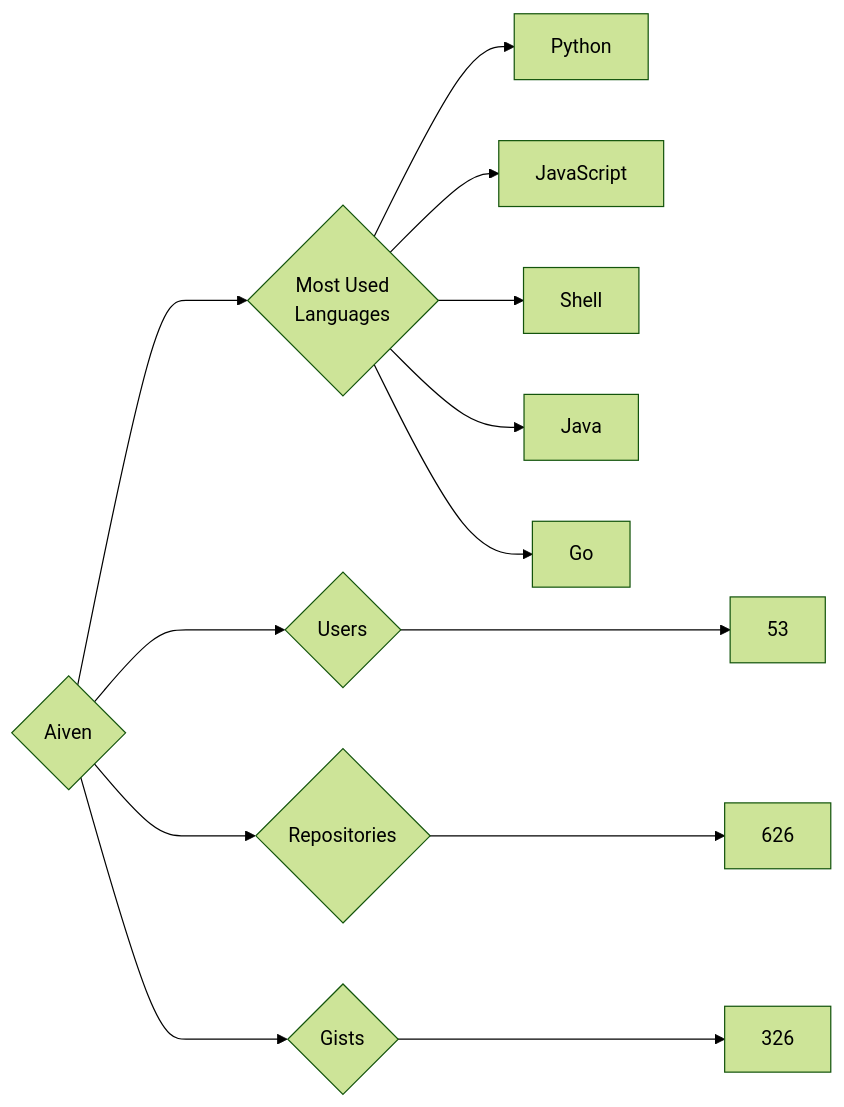
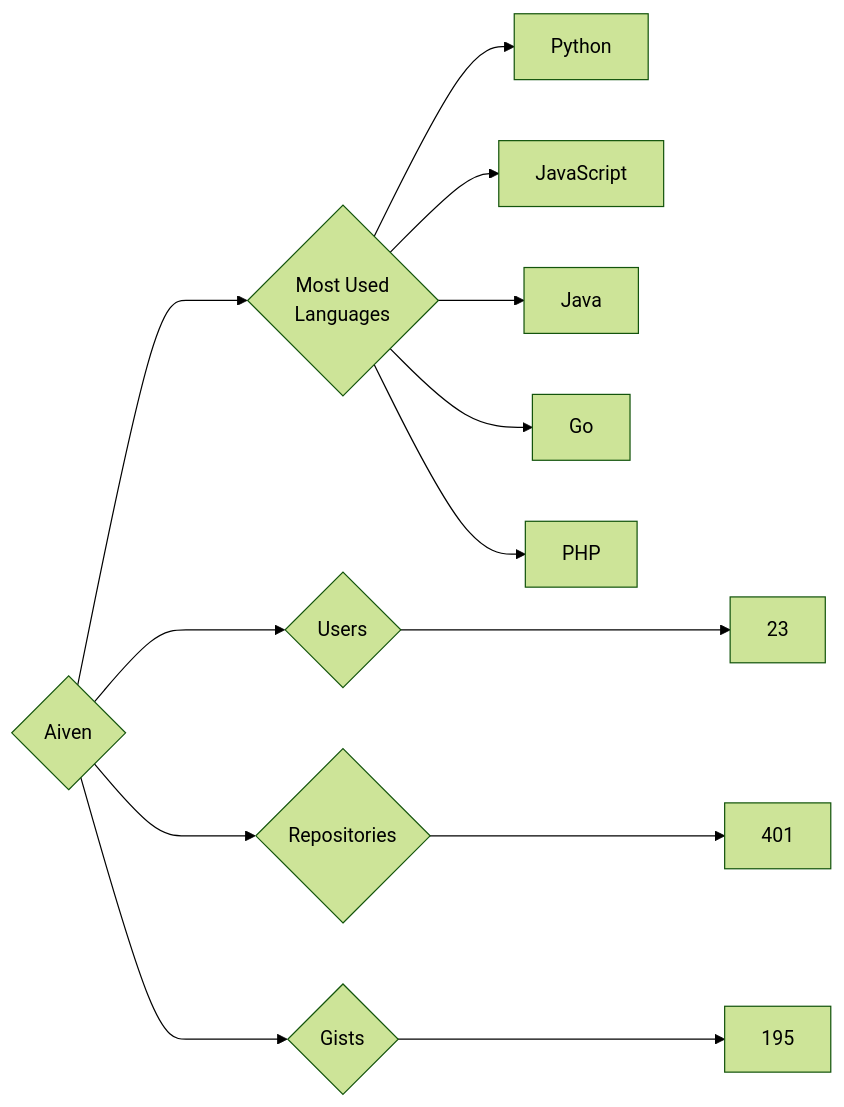
Before and after one commit to trickest/insiders: the diagram in targets/Aiven/README.md, drawn with Mermaid (forest theme). The commit also changed 984 other files, not shown here.

````diff
--- a/targets/Aiven/README.md
+++ b/targets/Aiven/README.md
@@ -3,13 +3,13 @@
 ```mermaid
 graph LR
 COMPANY_NAME{Aiven}
-COMPANY_NAME ---> U{Users} ---> UN[53]
-COMPANY_NAME ---> R{Repositories} ---> RN[626]
-COMPANY_NAME ---> G{Gists} ---> GN[326]
+COMPANY_NAME ---> U{Users} ---> UN[23]
+COMPANY_NAME ---> R{Repositories} ---> RN[401]
+COMPANY_NAME ---> G{Gists} ---> GN[195]
 COMPANY_NAME ---> ML{Most Used<br>Languages}
 ML --> Python[Python]
 ML --> JavaScript[JavaScript]
-ML --> Shell[Shell]
 ML --> Java[Java]
 ML --> Go[Go]
+ML --> PHP[PHP]
 ```
````
